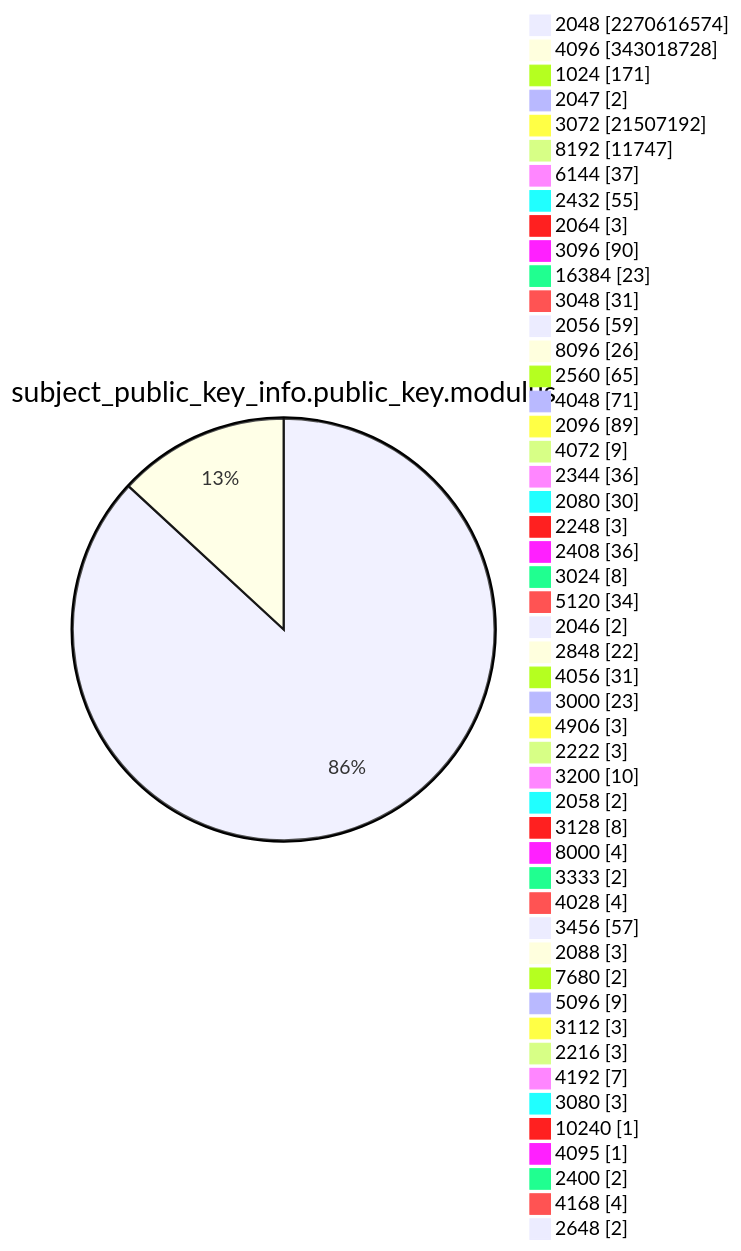
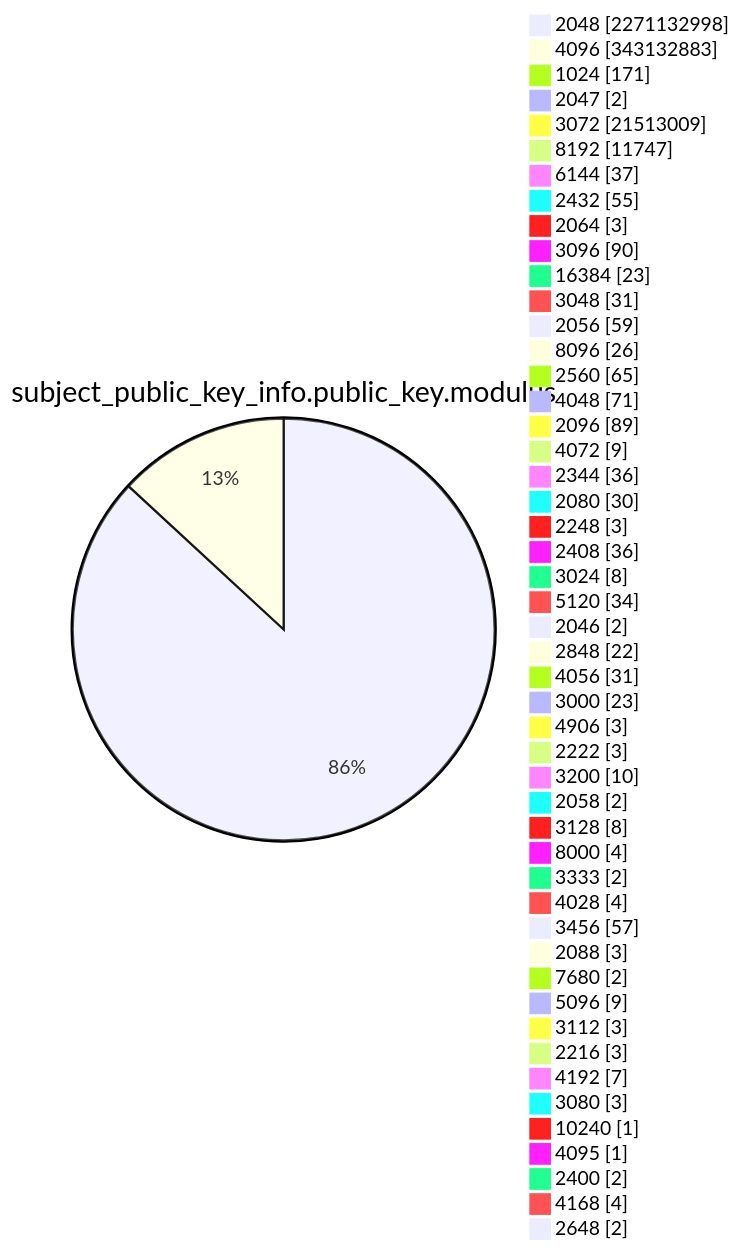
One commit to christiankrug/ctmonitor_visualization changed diagram 13 of 15 in TOTAL/README.md. Above: the diagram before and after it, drawn with Mermaid. The commit also changed other lines of this file, not shown here.

````diff
--- a/TOTAL/README.md
+++ b/TOTAL/README.md
@@ -4165,53 +4165,53 @@
 ```mermaid
 pie showData
 title subject_public_key_info.public_key.modulus
-"2048" :2270616574
-"4096" :343018728
+"2048" :2271132998
+"4096" :343132883
 "1024" :171
 "2047" :2
-"3072" :21507192
+"3072" :21513009
 "8192" :11747
 "6144" :37
 "2432" :55
 "2064" :3
 "3096" :90
 "16384" :23
 "3048" :31
 "2056" :59
 "8096" :26
 "2560" :65
 "4048" :71
 "2096" :89
 "4072" :9
 "2344" :36
 "2080" :30
 "2248" :3
 "2408" :36
 "3024" :8
 "5120" :34
 "2046" :2
 "2848" :22
 "4056" :31
 "3000" :23
 "4906" :3
 "2222" :3
 "3200" :10
 "2058" :2
 "3128" :8
 "8000" :4
 "3333" :2
 "4028" :4
 "3456" :57
 "2088" :3
 "7680" :2
 "5096" :9
 "3112" :3
 "2216" :3
 "4192" :7
 "3080" :3
 "10240" :1
 "4095" :1
 "2400" :2
 "4168" :4
 "2648" :2
 ```
````
